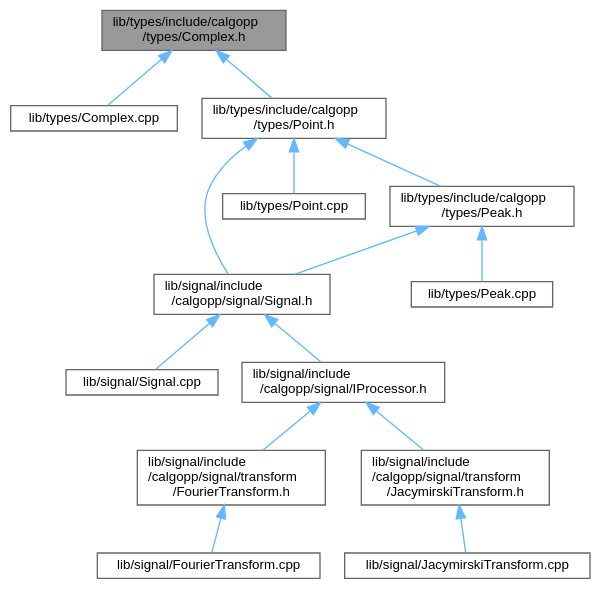
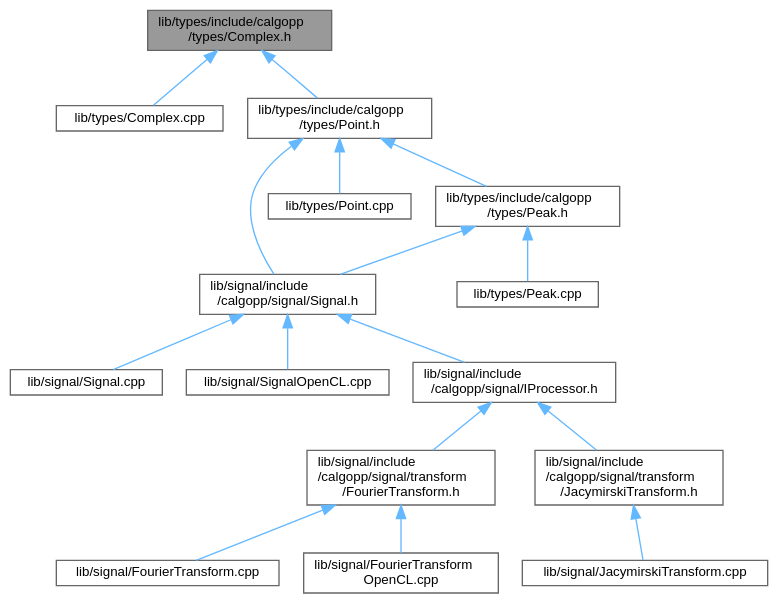
One commit to pawelekg95/algopp changed the diagram in Complex_8h__dep__incl.dot. Above: the diagram before and after it, drawn with Graphviz. The commit also changed 151 other files, not shown here.

```diff
--- a/Complex_8h__dep__incl.dot
+++ b/Complex_8h__dep__incl.dot
@@ -1,33 +1,37 @@
 digraph "lib/types/include/calgopp/types/Complex.h"
 {
  // LATEX_PDF_SIZE
   bgcolor="transparent";
   edge [fontname=Helvetica,fontsize=10,labelfontname=Helvetica,labelfontsize=10];
   node [fontname=Helvetica,fontsize=10,shape=box,height=0.2,width=0.4];
   Node1 [label="lib/types/include/calgopp\l/types/Complex.h",height=0.2,width=0.4,color="gray40", fillcolor="grey60", style="filled", fontcolor="black",tooltip=" "];
   Node1 -> Node2 [dir="back",color="steelblue1",style="solid"];
   Node2 [label="lib/types/Complex.cpp",height=0.2,width=0.4,color="grey40", fillcolor="white", style="filled",URL="$Complex_8cpp.html",tooltip=" "];
   Node1 -> Node3 [dir="back",color="steelblue1",style="solid"];
   Node3 [label="lib/types/include/calgopp\l/types/Point.h",height=0.2,width=0.4,color="grey40", fillcolor="white", style="filled",URL="$Point_8h.html",tooltip=" "];
   Node3 -> Node4 [dir="back",color="steelblue1",style="solid"];
   Node4 [label="lib/signal/include\l/calgopp/signal/Signal.h",height=0.2,width=0.4,color="grey40", fillcolor="white", style="filled",URL="$Signal_8h.html",tooltip=" "];
   Node4 -> Node5 [dir="back",color="steelblue1",style="solid"];
   Node5 [label="lib/signal/Signal.cpp",height=0.2,width=0.4,color="grey40", fillcolor="white", style="filled",URL="$Signal_8cpp.html",tooltip=" "];
   Node4 -> Node6 [dir="back",color="steelblue1",style="solid"];
-  Node6 [label="lib/signal/include\l/calgopp/signal/IProcessor.h",height=0.2,width=0.4,color="grey40", fillcolor="white", style="filled",URL="$IProcessor_8h.html",tooltip=" "];
-  Node6 -> Node7 [dir="back",color="steelblue1",style="solid"];
-  Node7 [label="lib/signal/include\l/calgopp/signal/transform\l/FourierTransform.h",height=0.2,width=0.4,color="grey40", fillcolor="white", style="filled",URL="$FourierTransform_8h.html",tooltip=" "];
+  Node6 [label="lib/signal/SignalOpenCL.cpp",height=0.2,width=0.4,color="grey40", fillcolor="white", style="filled",URL="$SignalOpenCL_8cpp.html",tooltip=" "];
+  Node4 -> Node7 [dir="back",color="steelblue1",style="solid"];
+  Node7 [label="lib/signal/include\l/calgopp/signal/IProcessor.h",height=0.2,width=0.4,color="grey40", fillcolor="white", style="filled",URL="$IProcessor_8h.html",tooltip=" "];
   Node7 -> Node8 [dir="back",color="steelblue1",style="solid"];
-  Node8 [label="lib/signal/FourierTransform.cpp",height=0.2,width=0.4,color="grey40", fillcolor="white", style="filled",URL="$FourierTransform_8cpp.html",tooltip=" "];
-  Node6 -> Node9 [dir="back",color="steelblue1",style="solid"];
-  Node9 [label="lib/signal/include\l/calgopp/signal/transform\l/JacymirskiTransform.h",height=0.2,width=0.4,color="grey40", fillcolor="white", style="filled",URL="$JacymirskiTransform_8h.html",tooltip=" "];
-  Node9 -> Node10 [dir="back",color="steelblue1",style="solid"];
-  Node10 [label="lib/signal/JacymirskiTransform.cpp",height=0.2,width=0.4,color="grey40", fillcolor="white", style="filled",URL="$JacymirskiTransform_8cpp.html",tooltip=" "];
-  Node3 -> Node11 [dir="back",color="steelblue1",style="solid"];
-  Node11 [label="lib/types/Point.cpp",height=0.2,width=0.4,color="grey40", fillcolor="white", style="filled",URL="$Point_8cpp.html",tooltip=" "];
-  Node3 -> Node12 [dir="back",color="steelblue1",style="solid"];
-  Node12 [label="lib/types/include/calgopp\l/types/Peak.h",height=0.2,width=0.4,color="grey40", fillcolor="white", style="filled",URL="$Peak_8h.html",tooltip=" "];
-  Node12 -> Node4 [dir="back",color="steelblue1",style="solid"];
-  Node12 -> Node13 [dir="back",color="steelblue1",style="solid"];
-  Node13 [label="lib/types/Peak.cpp",height=0.2,width=0.4,color="grey40", fillcolor="white", style="filled",URL="$Peak_8cpp.html",tooltip=" "];
+  Node8 [label="lib/signal/include\l/calgopp/signal/transform\l/FourierTransform.h",height=0.2,width=0.4,color="grey40", fillcolor="white", style="filled",URL="$FourierTransform_8h.html",tooltip=" "];
+  Node8 -> Node9 [dir="back",color="steelblue1",style="solid"];
+  Node9 [label="lib/signal/FourierTransform.cpp",height=0.2,width=0.4,color="grey40", fillcolor="white", style="filled",URL="$FourierTransform_8cpp.html",tooltip=" "];
+  Node8 -> Node10 [dir="back",color="steelblue1",style="solid"];
+  Node10 [label="lib/signal/FourierTransform\lOpenCL.cpp",height=0.2,width=0.4,color="grey40", fillcolor="white", style="filled",URL="$FourierTransformOpenCL_8cpp.html",tooltip=" "];
+  Node7 -> Node11 [dir="back",color="steelblue1",style="solid"];
+  Node11 [label="lib/signal/include\l/calgopp/signal/transform\l/JacymirskiTransform.h",height=0.2,width=0.4,color="grey40", fillcolor="white", style="filled",URL="$JacymirskiTransform_8h.html",tooltip=" "];
+  Node11 -> Node12 [dir="back",color="steelblue1",style="solid"];
+  Node12 [label="lib/signal/JacymirskiTransform.cpp",height=0.2,width=0.4,color="grey40", fillcolor="white", style="filled",URL="$JacymirskiTransform_8cpp.html",tooltip=" "];
+  Node3 -> Node13 [dir="back",color="steelblue1",style="solid"];
+  Node13 [label="lib/types/Point.cpp",height=0.2,width=0.4,color="grey40", fillcolor="white", style="filled",URL="$Point_8cpp.html",tooltip=" "];
+  Node3 -> Node14 [dir="back",color="steelblue1",style="solid"];
+  Node14 [label="lib/types/include/calgopp\l/types/Peak.h",height=0.2,width=0.4,color="grey40", fillcolor="white", style="filled",URL="$Peak_8h.html",tooltip=" "];
+  Node14 -> Node4 [dir="back",color="steelblue1",style="solid"];
+  Node14 -> Node15 [dir="back",color="steelblue1",style="solid"];
+  Node15 [label="lib/types/Peak.cpp",height=0.2,width=0.4,color="grey40", fillcolor="white", style="filled",URL="$Peak_8cpp.html",tooltip=" "];
 }
```
